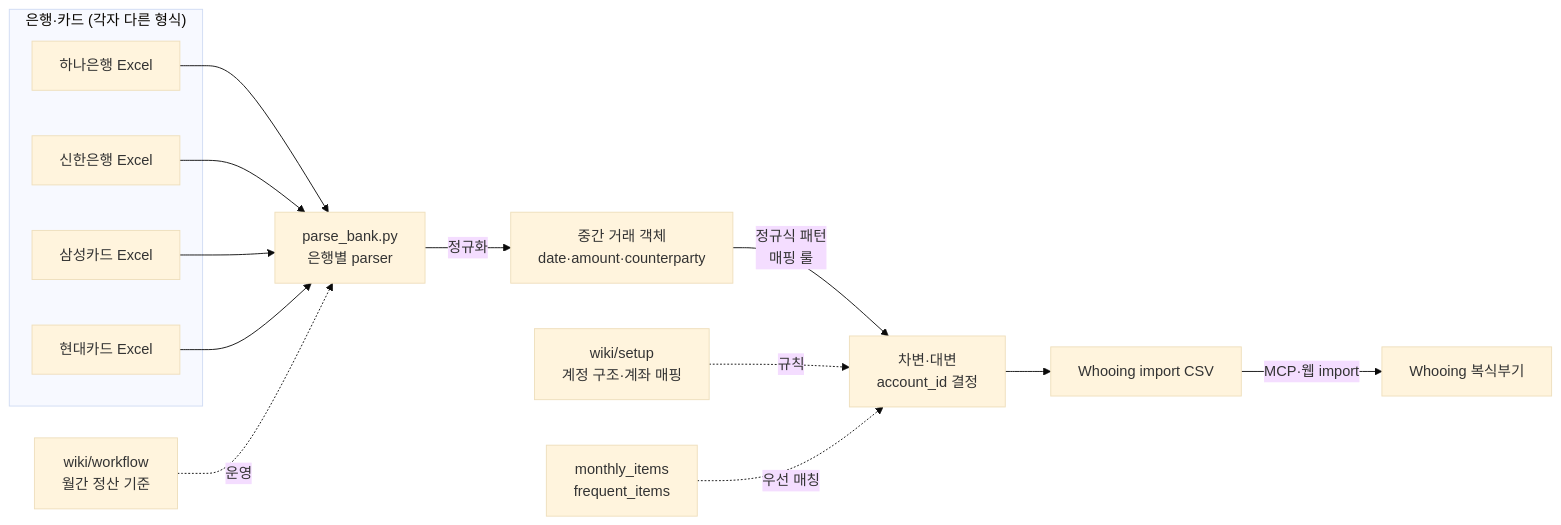
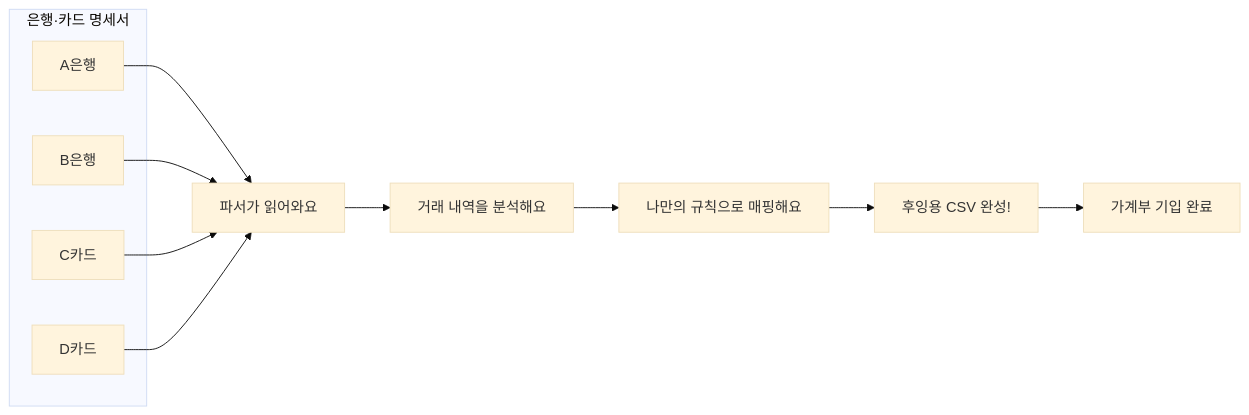
Before and after one commit to newhigen/blog-tech: the diagram in src/content/projects/whooing-tools.md, drawn with Mermaid (base theme). The commit also changed other lines of this file and 9 other files, not shown here.

````diff
--- a/src/content/projects/whooing-tools.md
+++ b/src/content/projects/whooing-tools.md
@@ -25,23 +23,15 @@
 ```mermaid
 flowchart LR
-  subgraph 원천["은행·카드 (각자 다른 형식)"]
-    A1[하나은행 Excel]
-    A2[신한은행 Excel]
-    A3[삼성카드 Excel]
-    A4[현대카드 Excel]
+  subgraph 원천["은행·카드 명세서"]
+    A1[A은행]
+    A2[B은행]
+    A3[C카드]
+    A4[D카드]
   end
 
-  A1 --> B[parse_bank.py<br/>은행별 parser]
-  A2 --> B
-  A3 --> B
-  A4 --> B
-
-  B -->|정규화| C[중간 거래 객체<br/>date·amount·counterparty]
-  C -->|정규식 패턴<br/>매핑 룰| D[차변·대변<br/>account_id 결정]
-  D --> E[Whooing import CSV]
-  E -->|MCP·웹 import| F[Whooing 복식부기]
-
-  G[wiki/setup<br/>계정 구조·계좌 매핑] -.규칙.-> D
-  H[monthly_items<br/>frequent_items] -.우선 매칭.-> D
-  I[wiki/workflow<br/>월간 정산 기준] -.운영.-> B
+  A1 & A2 & A3 & A4 --> B[파서가 읽어와요]
+  B --> C[거래 내역을 분석해요]
+  C --> D[나만의 규칙으로 매핑해요]
+  D --> E[후잉용 CSV 완성!]
+  E --> F[가계부 기입 완료]
 ```
````
